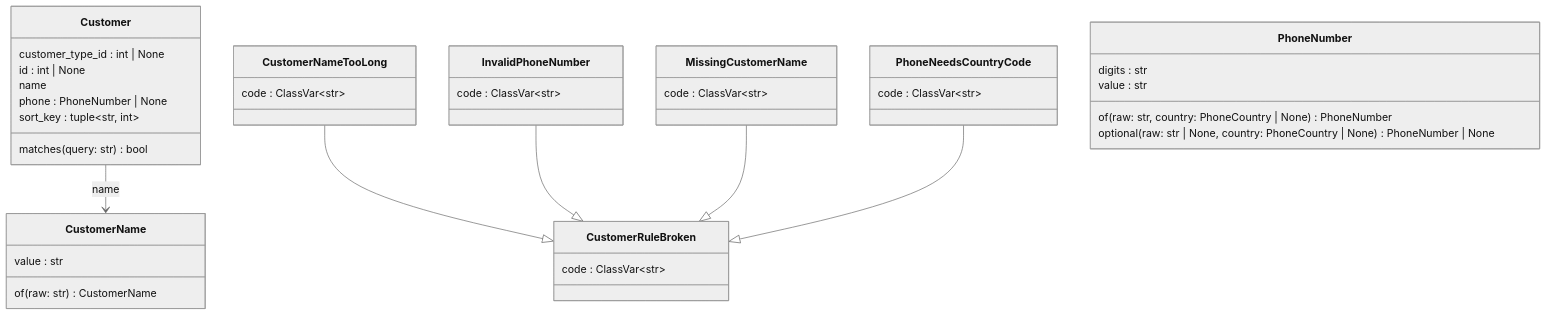
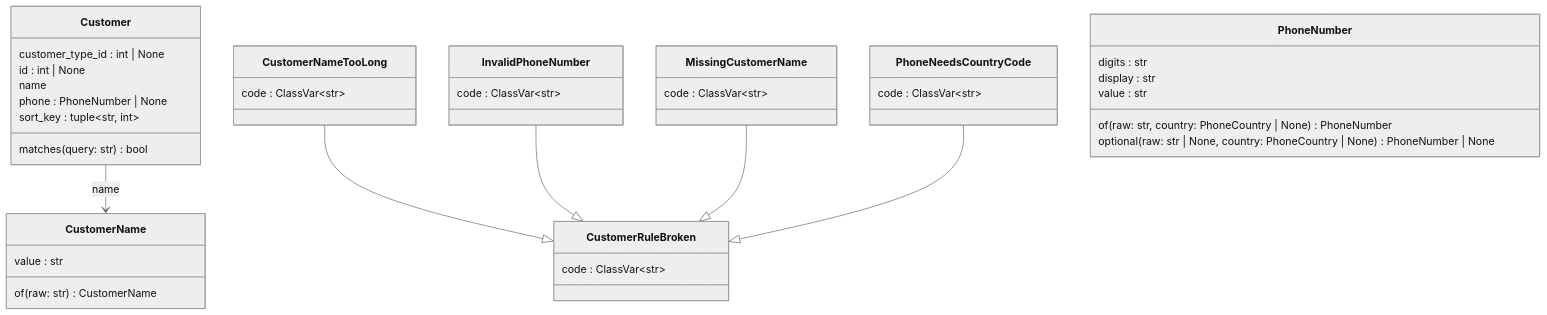
One commit to GonzaloZevallos/apostrophe changed the second of 4 diagrams in docs/architecture/generated/classes/customers.md. Above: the diagram before and after it, drawn with Mermaid (neutral theme). The commit also changed other lines of this file and 14 other files, not shown here.

````diff
--- a/docs/architecture/generated/classes/customers.md
+++ b/docs/architecture/generated/classes/customers.md
@@ -67,41 +69,42 @@
 ```mermaid
 classDiagram
   class Customer {
     customer_type_id : int #124; None
     id : int #124; None
     name
     phone : PhoneNumber #124; None
     sort_key : tuple~str, int~
     matches(query: str) bool
   }
   class CustomerName {
     value : str
     of(raw: str) CustomerName
   }
   class CustomerNameTooLong {
     code : ClassVar~str~
   }
   class CustomerRuleBroken {
     code : ClassVar~str~
   }
   class InvalidPhoneNumber {
     code : ClassVar~str~
   }
   class MissingCustomerName {
     code : ClassVar~str~
   }
   class PhoneNeedsCountryCode {
     code : ClassVar~str~
   }
   class PhoneNumber {
     digits : str
+    display : str
     value : str
     of(raw: str, country: PhoneCountry #124; None) PhoneNumber
     optional(raw: str #124; None, country: PhoneCountry #124; None) PhoneNumber #124; None
   }
   Customer --> CustomerName : name
   CustomerNameTooLong --|> CustomerRuleBroken
   InvalidPhoneNumber --|> CustomerRuleBroken
   MissingCustomerName --|> CustomerRuleBroken
   PhoneNeedsCountryCode --|> CustomerRuleBroken
 ```
````
